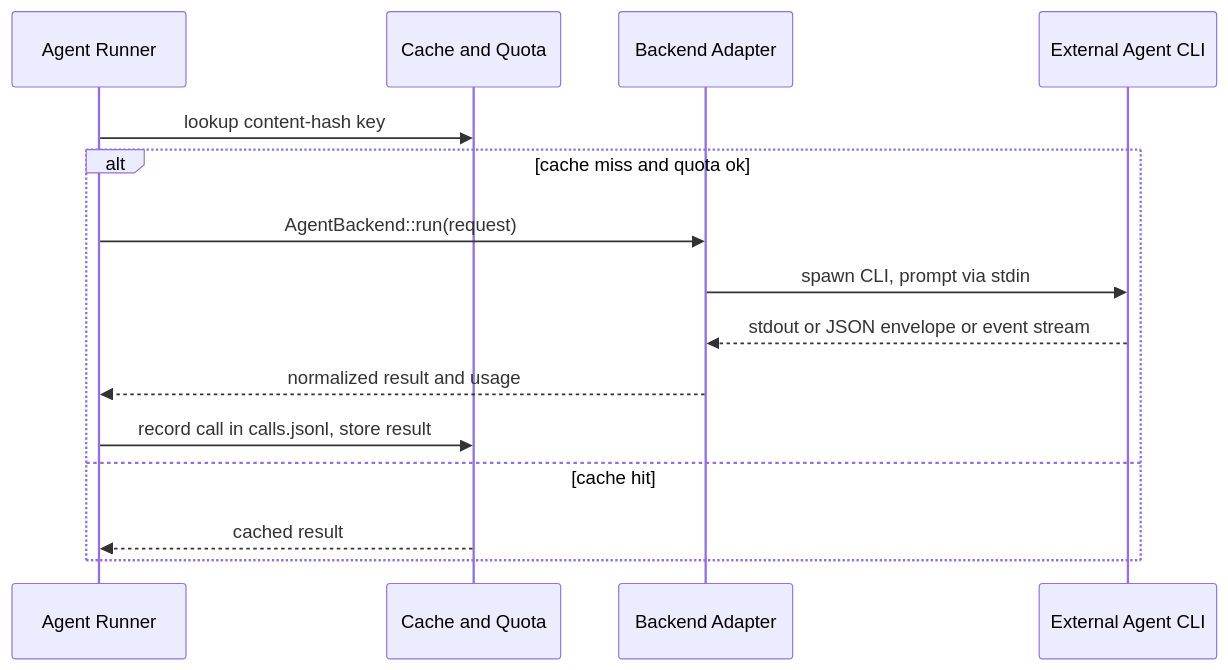
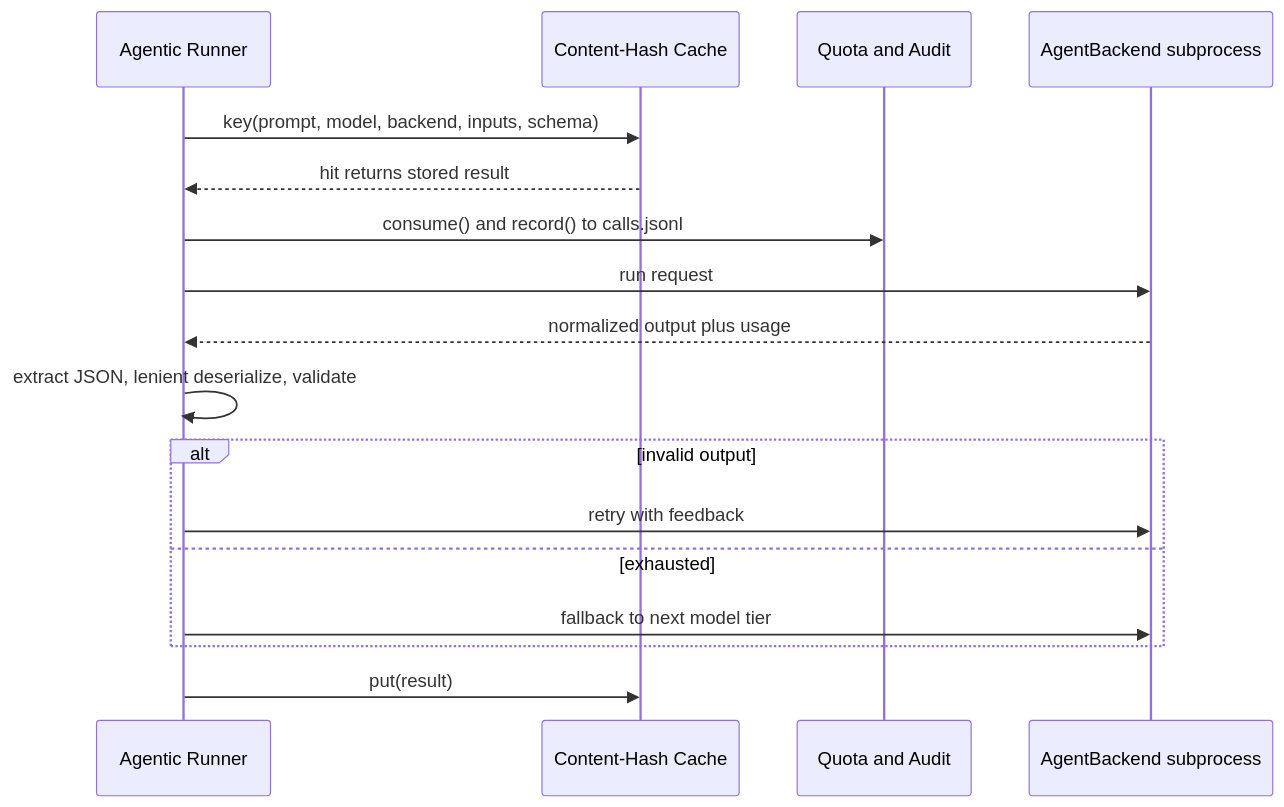
One commit to tidusvn05/agentwiki changed the fourth of 4 diagrams in docs/vi/3.Workflow.md. Above: the diagram before and after it, drawn with Mermaid. The commit also changed other lines of this file and 41 other files, not shown here.

````diff
--- a/docs/vi/3.Workflow.md
+++ b/docs/vi/3.Workflow.md
@@ -124,17 +122,19 @@
 ```mermaid
 sequenceDiagram
-    participant R as Agent Runner
-    participant C as Cache and Quota
-    participant B as Backend Adapter
-    participant X as External Agent CLI
-    R->>C: lookup content-hash key
-    alt cache miss and quota ok
-        R->>B: AgentBackend::run(request)
-        B->>X: spawn CLI, prompt via stdin
-        X-->>B: stdout or JSON envelope or event stream
-        B-->>R: normalized result and usage
-        R->>C: record call in calls.jsonl, store result
-    else cache hit
-        C-->>R: cached result
+    participant R as Agentic Runner
+    participant C as Content-Hash Cache
+    participant Q as Quota and Audit
+    participant B as AgentBackend subprocess
+    R->>C: key(prompt, model, backend, inputs, schema)
+    C-->>R: hit returns stored result
+    R->>Q: consume() and record() to calls.jsonl
+    R->>B: run request
+    B-->>R: normalized output plus usage
+    R->>R: extract JSON, lenient deserialize, validate
+    alt invalid output
+        R->>B: retry with feedback
+    else exhausted
+        R->>B: fallback to next model tier
     end
+    R->>C: put(result)
 ```
````
